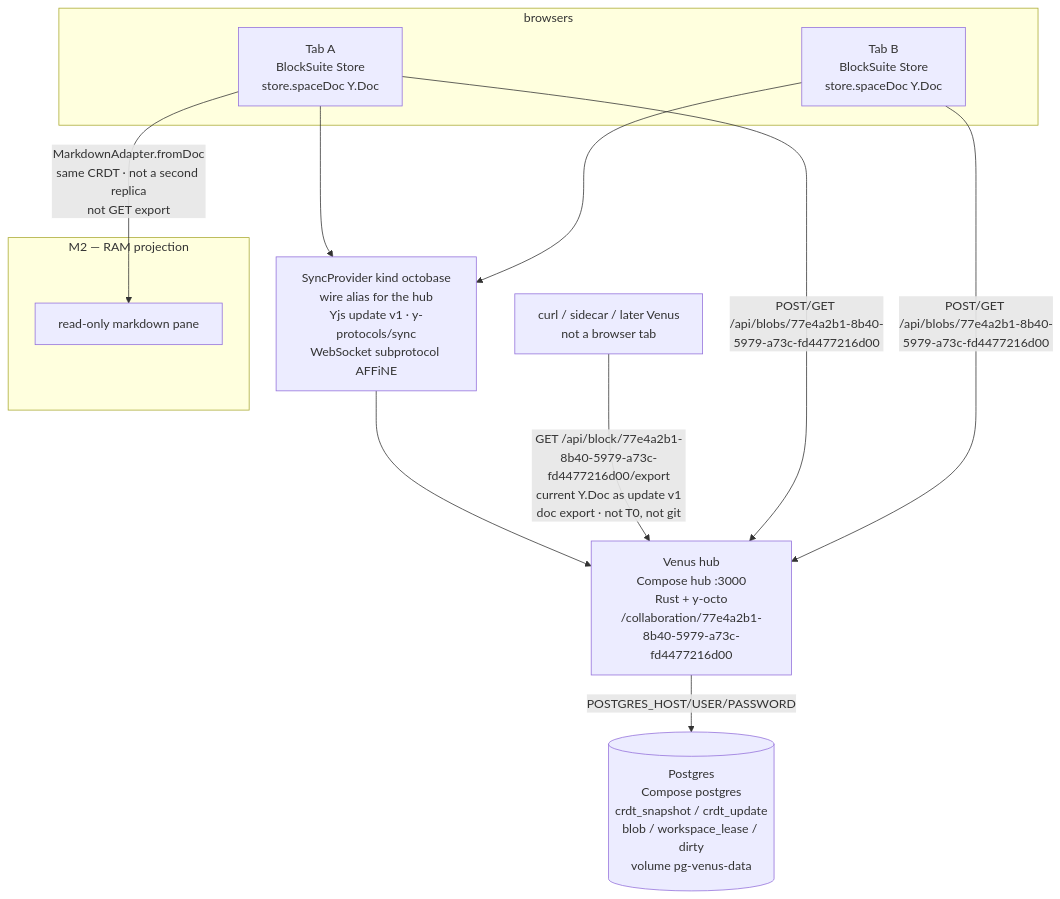
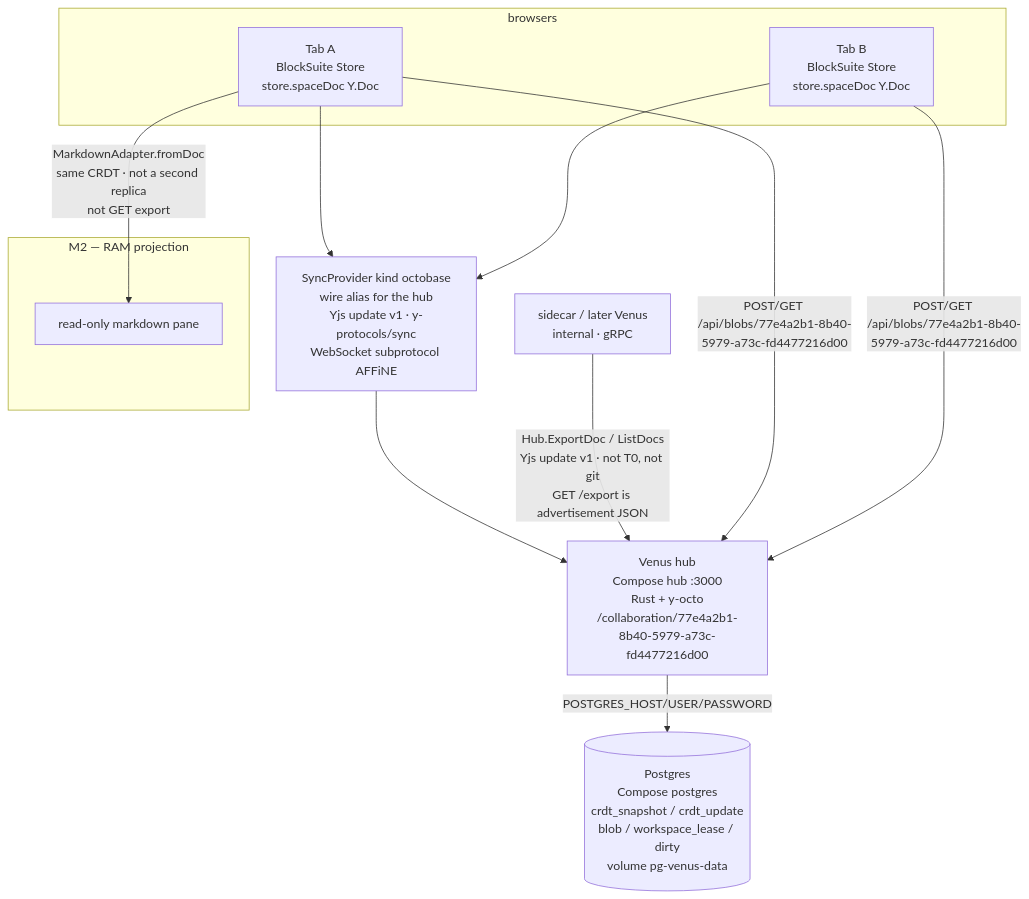
One commit to OpenDOps/Venus changed the diagram in docs/design/architecture.md. Above: the diagram before and after it, drawn with Mermaid. The commit also changed other lines of this file and 18 other files, not shown here.

````diff
--- a/docs/design/architecture.md
+++ b/docs/design/architecture.md
@@ -31,28 +31,28 @@
 ```mermaid
 flowchart TB
   subgraph browsers["browsers"]
     tabA["Tab A<br/>BlockSuite Store<br/>store.spaceDoc Y.Doc"]
     tabB["Tab B<br/>BlockSuite Store<br/>store.spaceDoc Y.Doc"]
   end
 
   ws["SyncProvider kind octobase<br/>wire alias for the hub<br/>Yjs update v1 · y-protocols/sync<br/>WebSocket subprotocol AFFiNE"]
   hub["Venus hub<br/>Compose hub :3000<br/>Rust + y-octo<br/>/collaboration/77e4a2b1-8b40-5979-a73c-fd4477216d00"]
   pg[("Postgres<br/>Compose postgres<br/>crdt_snapshot / crdt_update<br/>blob / workspace_lease / dirty<br/>volume pg-venus-data")]
 
   tabA --> ws
   tabB --> ws
   ws --> hub
   hub -->|"POSTGRES_HOST/USER/PASSWORD"| pg
 
-  exportClient["curl / sidecar / later Venus<br/>not a browser tab"]
-  exportClient -->|"GET /api/block/77e4a2b1-8b40-5979-a73c-fd4477216d00/export<br/>current Y.Doc as update v1<br/>doc export · not T0, not git"| hub
+  exportClient["sidecar / later Venus<br/>internal · gRPC"]
+  exportClient -->|"Hub.ExportDoc / ListDocs<br/>Yjs update v1 · not T0, not git<br/>GET /export is advertisement JSON"| hub
 
   tabA -->|"POST/GET /api/blobs/77e4a2b1-8b40-5979-a73c-fd4477216d00"| hub
   tabB -->|"POST/GET /api/blobs/77e4a2b1-8b40-5979-a73c-fd4477216d00"| hub
 
   subgraph m2["M2 — RAM projection"]
     pane["read-only markdown pane"]
   end
 
   tabA -->|"MarkdownAdapter.fromDoc<br/>same CRDT · not a second replica<br/>not GET export"| pane
 ```
````
